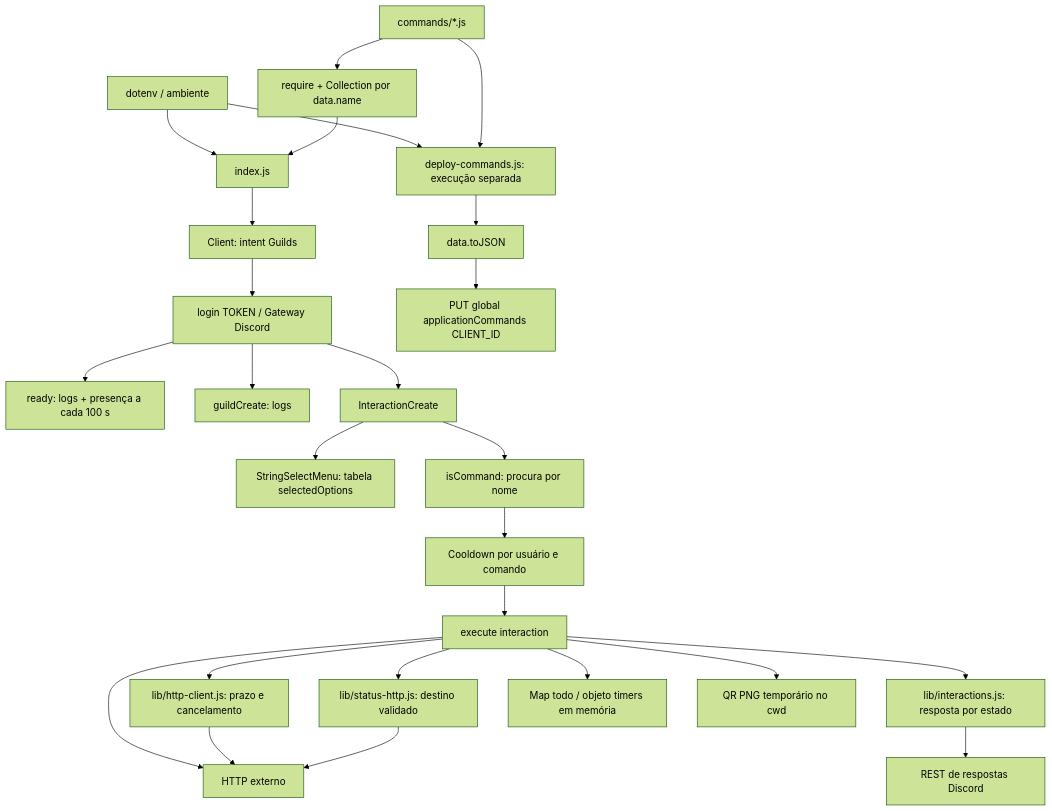
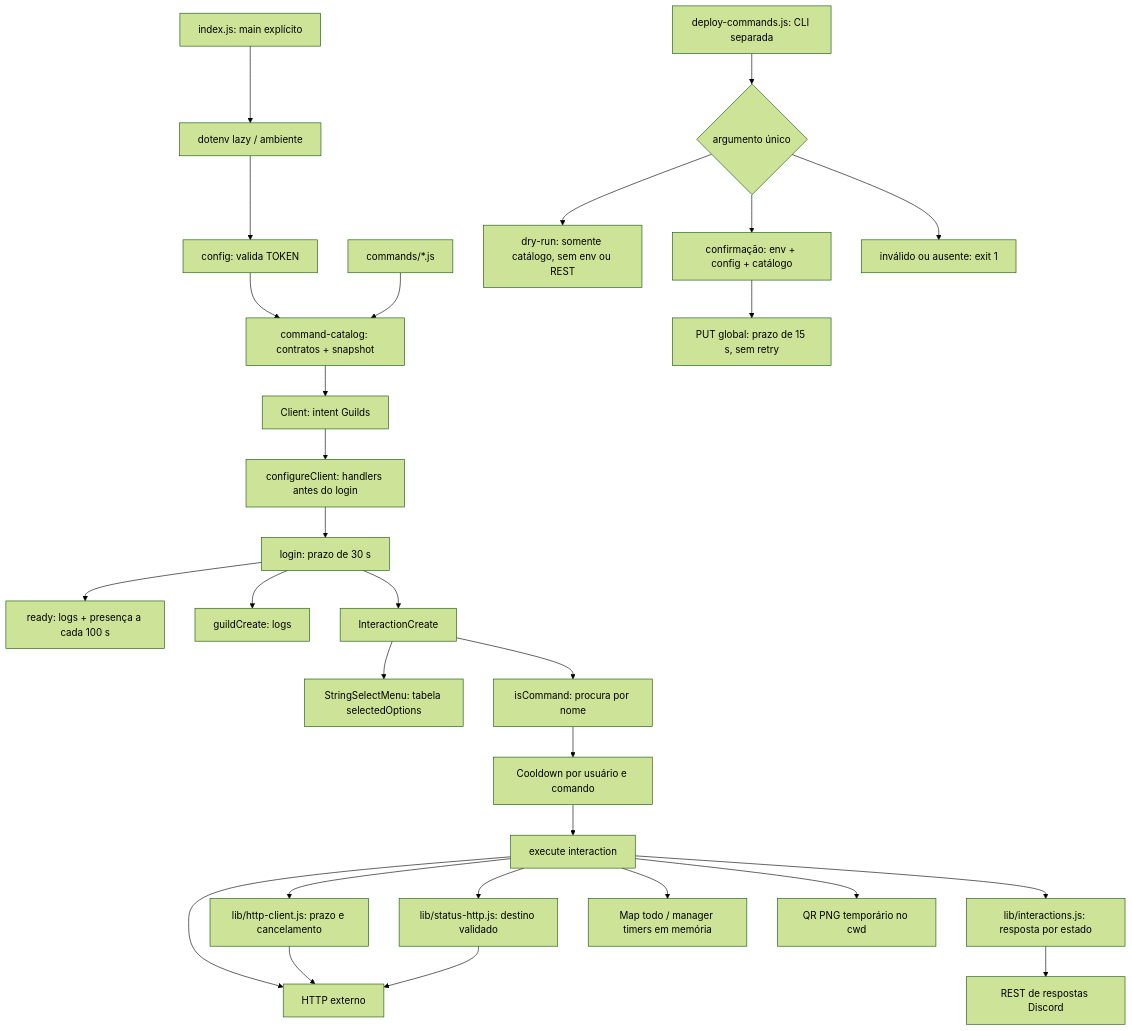
The diagram in docs/brain/ARCHITECTURE.md (emanuelsacoman/Bot-Estudos-Discord), drawn with Mermaid (forest theme) before and after one commit. The commit also changed other lines of this file and 26 other files, not shown here.

````diff
--- a/docs/brain/ARCHITECTURE.md
+++ b/docs/brain/ARCHITECTURE.md
@@ -26,28 +31,31 @@
 ```mermaid
 flowchart TD
-    Env[dotenv / ambiente] --> Runtime[index.js]
-    Modules[commands/*.js] --> Loader[require + Collection por data.name]
-    Loader --> Runtime
-    Runtime --> Client[Client: intent Guilds]
-    Client --> Login[login TOKEN / Gateway Discord]
+    Runtime[index.js: main explícito] --> Env[dotenv lazy / ambiente]
+    Env --> Config[config: valida TOKEN]
+    Config --> Catalog[command-catalog: contratos + snapshot]
+    Modules[commands/*.js] --> Catalog
+    Catalog --> Client[Client: intent Guilds]
+    Client --> Setup[configureClient: handlers antes do login]
+    Setup --> Login[login: prazo de 30 s]
     Login --> Ready[ready: logs + presença a cada 100 s]
     Login --> Guild[guildCreate: logs]
     Login --> Interaction[InteractionCreate]
     Interaction --> Select[StringSelectMenu: tabela selectedOptions]
     Interaction --> Slash[isCommand: procura por nome]
     Slash --> Cooldown[Cooldown por usuário e comando]
     Cooldown --> Execute[execute interaction]
     Execute --> APIs[HTTP externo]
     Execute --> HTTP[lib/http-client.js: prazo e cancelamento]
     HTTP --> APIs
     Execute --> Responses[lib/interactions.js: resposta por estado]
     Responses --> Discord[REST de respostas Discord]
     Execute --> Status[lib/status-http.js: destino validado]
     Status --> APIs
-    Execute --> Memory[Map todo / objeto timers em memória]
+    Execute --> Memory[Map todo / manager timers em memória]
     Execute --> Files[QR PNG temporário no cwd]
-    Env --> Register[deploy-commands.js: execução separada]
-    Modules --> Register
-    Register --> JSON[data.toJSON]
-    JSON --> REST[PUT global applicationCommands CLIENT_ID]
+    Register[deploy-commands.js: CLI separada] --> Mode{argumento único}
+    Mode --> DryRun[dry-run: somente catálogo, sem env ou REST]
+    Mode --> Confirm[confirmação: env + config + catálogo]
+    Confirm --> REST[PUT global: prazo de 15 s, sem retry]
+    Mode --> Block[inválido ou ausente: exit 1]
 ```
````
